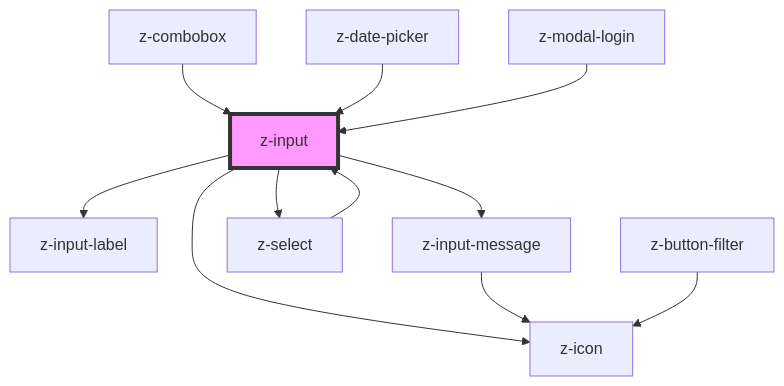
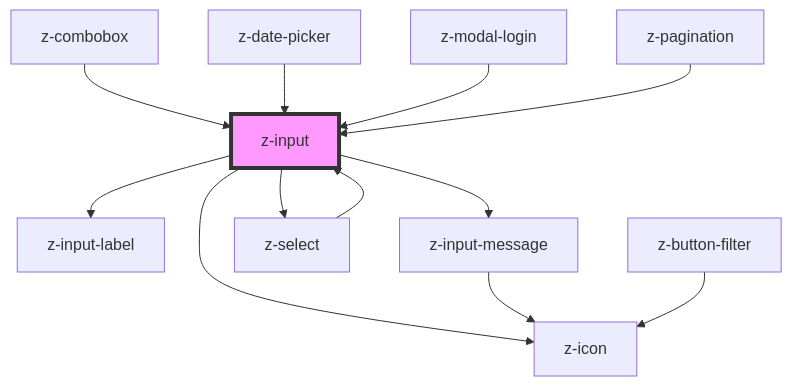
The diagram in src/components/inputs/z-input/readme.md (ZanichelliEditore/design-system), drawn with Mermaid before and after one commit. The commit also changed other lines of this file and 4 other files, not shown here.

````diff
--- a/src/components/inputs/z-input/readme.md
+++ b/src/components/inputs/z-input/readme.md
@@ -212,14 +213,15 @@
 ```mermaid
 graph TD;
   z-input --> z-input-label
   z-input --> z-icon
   z-input --> z-input-message
   z-input --> z-select
   z-input-message --> z-icon
   z-select --> z-input
   z-button-filter --> z-icon
   z-combobox --> z-input
   z-date-picker --> z-input
   z-modal-login --> z-input
+  z-pagination --> z-input
   style z-input fill:#f9f,stroke:#333,stroke-width:4px
 ```
````
